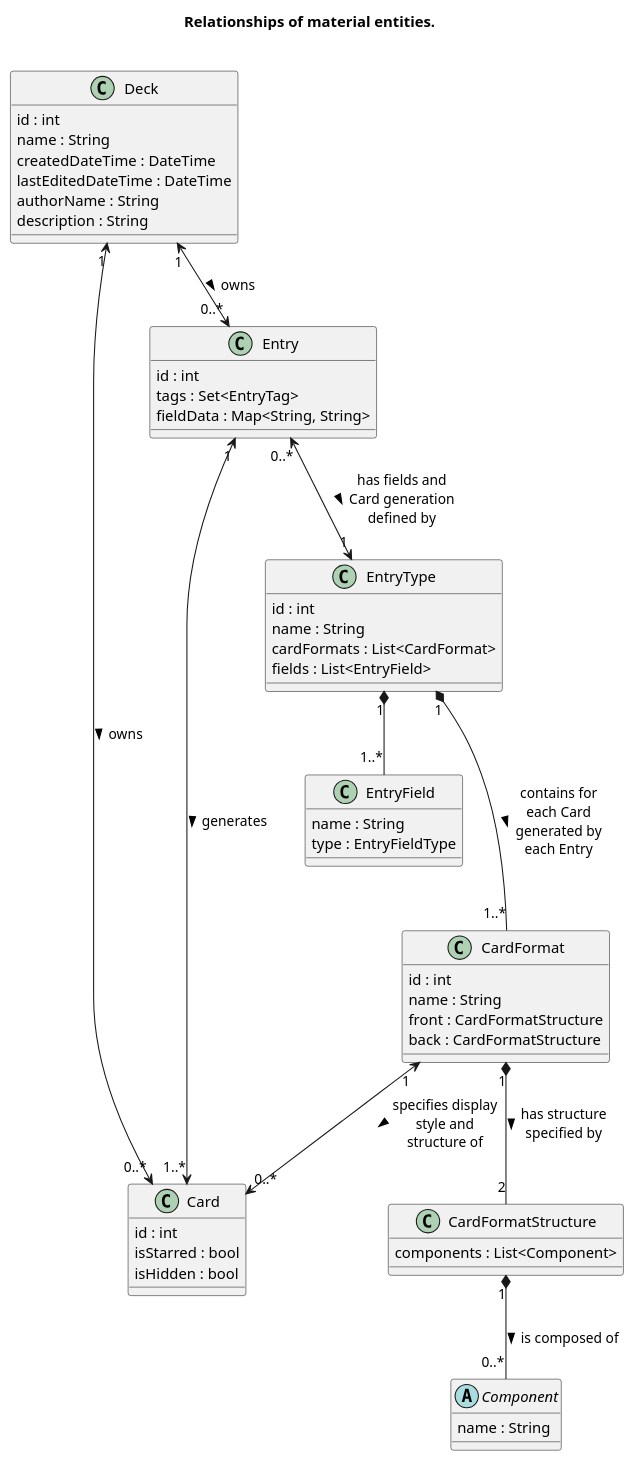
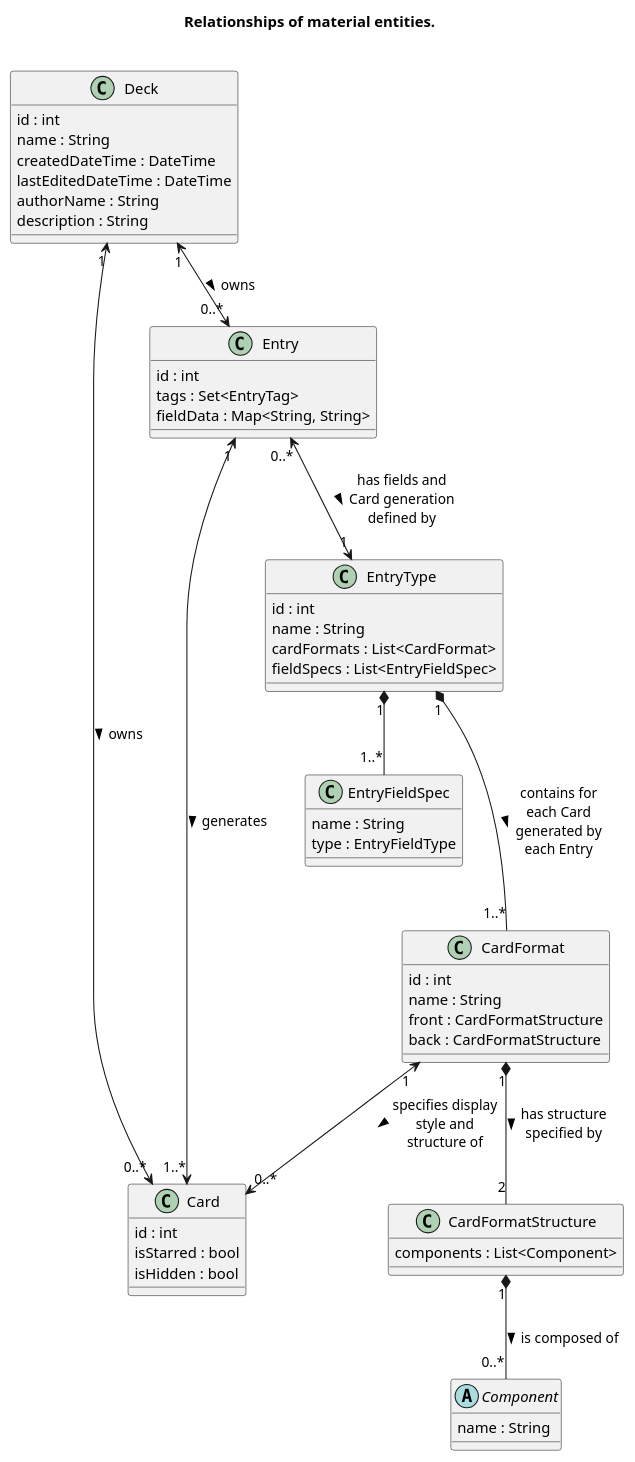
One commit to cervonwong/sona-flutter changed the diagram in puml/material_entities.puml. Above: the diagram before and after it, drawn with PlantUML.

Commit message:
Docs(puml): Update class and field names to reflect 10cee9da

```diff
--- a/puml/material_entities.puml
+++ b/puml/material_entities.puml
@@ -1,61 +1,61 @@
 @startuml
 
 skinparam maxMessageSize 100
 skinparam shadowing false
 
 title Relationships of material entities.\n
 
 class Card {
 	id : int
 	isStarred : bool
 	isHidden : bool
 }
 class Entry {
 	id : int
 	tags : Set<EntryTag>
 	fieldData : Map<String, String>
 }
 class Deck {
 	id : int
 	name : String
 	createdDateTime : DateTime
 	lastEditedDateTime : DateTime
 	authorName : String
 	description : String
 }
 
 Deck "1" <--> "0..*" Entry : owns >
 Entry "1" <--> "1..*" Card : generates >
 Deck "1" <--> "0..*" Card : owns >
 
 class EntryType {
 	id : int
 	name : String
 	cardFormats : List<CardFormat>
-	fields : List<EntryField>
+	fieldSpecs : List<EntryFieldSpec>
 }
-class EntryField {
+class EntryFieldSpec {
 	name : String
 	type : EntryFieldType
 }
 class CardFormat {
 	id : int
 	name : String
 	front : CardFormatStructure
 	back : CardFormatStructure
 }
 class CardFormatStructure {
 	components : List<Component>
 }
 abstract class Component {
 	name : String
 }
 
 Entry "0..*" <--> "1" EntryType : has fields and Card generation defined by >
 EntryType "1" *--- "1..*" CardFormat : contains for each Card generated by each Entry >
 CardFormat "1" <--> "0..*" Card : specifies display style and structure of >
-EntryType "1" *-- "1..*" EntryField
+EntryType "1" *-- "1..*" EntryFieldSpec
 CardFormat "1" *-- "2" CardFormatStructure : has structure specified by >
 CardFormatStructure "1" *-- "0..*" Component : is composed of >
 
 @enduml
```
